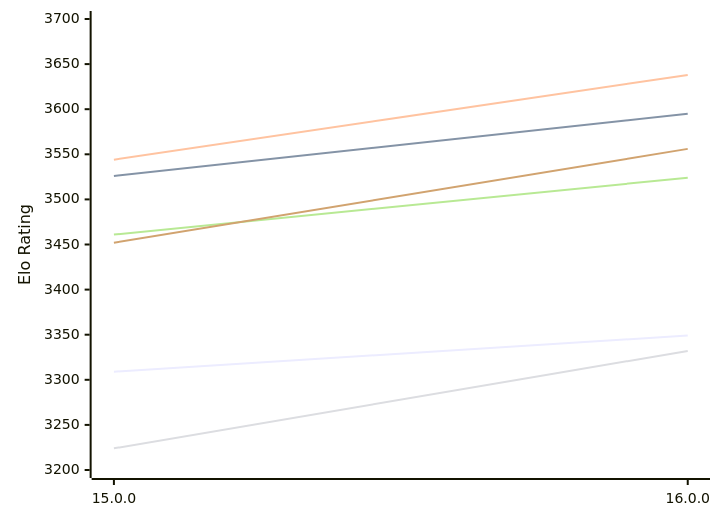
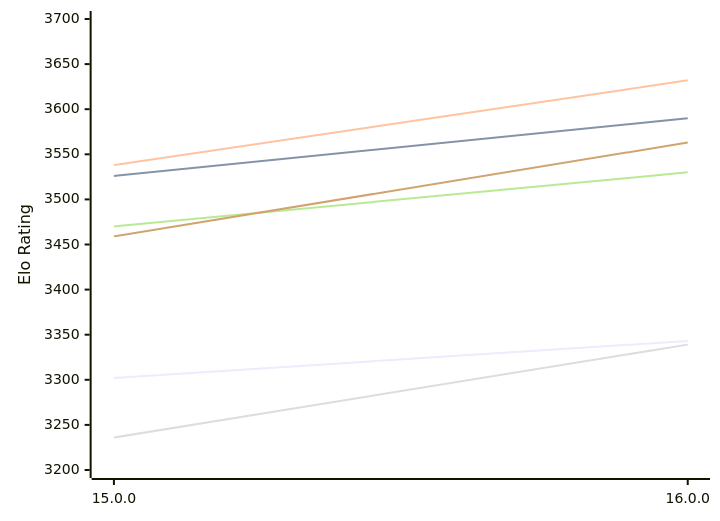
Before and after one commit to computer-chess-index/cci: the first of 2 diagrams in engines/Halogen.md, drawn with Mermaid. The commit also changed other lines of this file, not shown here.

Commit message:
Update CCI Ratings (ELO VLTC) - 2026-11-18

````diff
--- a/engines/Halogen.md
+++ b/engines/Halogen.md
@@ -50,12 +50,12 @@
 ```mermaid
 %%{init: {"theme":"base","themeVariables":{"seriesColors:['#a3a3a3','#222221','#faa371']}}}%%
 xychart-beta
   x-axis ["15.0.0", "16.0.0"]
   y-axis "Elo Rating" 3200 --> 3700
-  line "E1: STC (8.0+0.08s)" [3309, 3349]
-  line "E1: LTC (60.0+0.60s)" [3526, 3595]
-  line "E1: VLTC (2m24s+1.12s)" [3544, 3638]
-  line "P1: STC (8.0+0.08s)" [3224, 3332]
-  line "P1: LTC (60.0+0.60s)" [3461, 3524]
-  line "P1: VLTC (2m24s+1.12s)" [3452, 3556]
+  line "E1: STC (8.0+0.08s)" [3302, 3343]
+  line "E1: LTC (60.0+0.60s)" [3526, 3590]
+  line "E1: VLTC (2m24s+1.12s)" [3538, 3632]
+  line "P1: STC (8.0+0.08s)" [3236, 3339]
+  line "P1: LTC (60.0+0.60s)" [3470, 3530]
+  line "P1: VLTC (2m24s+1.12s)" [3459, 3563]
 ```
````
